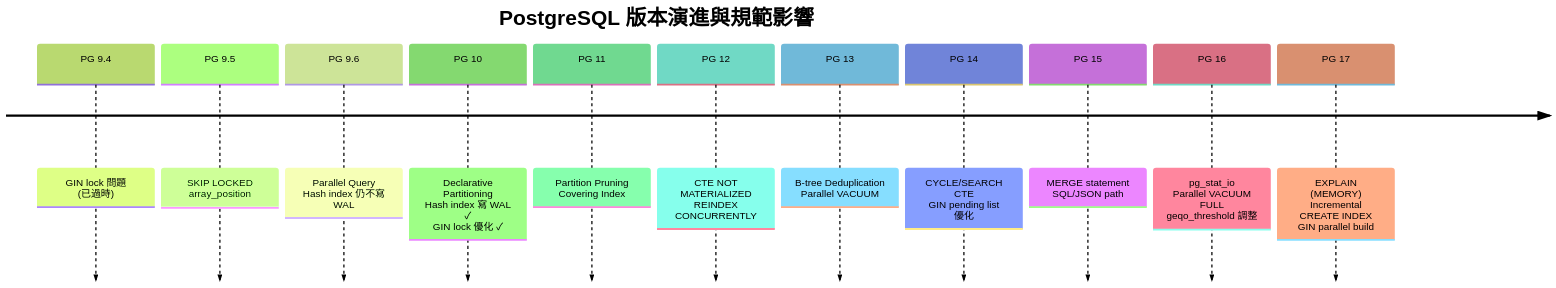
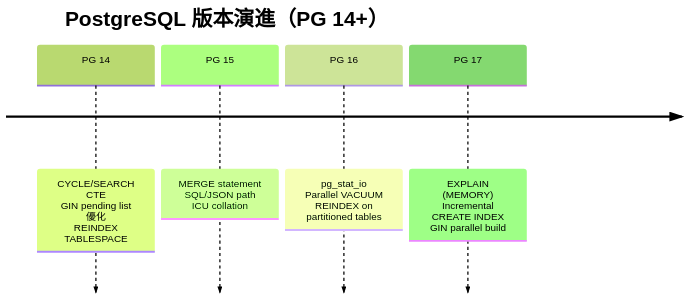
Diagram 13 of 40 in others/PostgreSQL_Others.md (henry-tpwong/postgresql_note), drawn with Mermaid (forest theme) before and after one commit. The commit also changed other lines of this file, not shown here.

First line of the commit message:
docs(others): 深度重構 PostgreSQL 開發規範，注入 App Dev 實戰視角

````diff
--- a/others/PostgreSQL_Others.md
+++ b/others/PostgreSQL_Others.md
@@ -833,15 +1656,8 @@
 ```mermaid
 timeline
-    title PostgreSQL 版本演進與規範影響
-    PG 9.4 : GIN lock 問題 (已過時)
-    PG 9.5 : SKIP LOCKED<br>array_position
-    PG 9.6 : Parallel Query<br>Hash index 仍不寫 WAL
-    PG 10 : Declarative Partitioning<br>Hash index 寫 WAL ✓<br>GIN lock 優化 ✓
-    PG 11 : Partition Pruning<br>Covering Index
-    PG 12 : CTE NOT MATERIALIZED<br>REINDEX CONCURRENTLY
-    PG 13 : B-tree Deduplication<br>Parallel VACUUM
-    PG 14 : CYCLE/SEARCH CTE<br>GIN pending list 優化
-    PG 15 : MERGE statement<br>SQL/JSON path
-    PG 16 : pg_stat_io<br>Parallel VACUUM FULL<br>geqo_threshold 調整
+    title PostgreSQL 版本演進（PG 14+）
+    PG 14 : CYCLE/SEARCH CTE<br>GIN pending list 優化<br>REINDEX TABLESPACE
+    PG 15 : MERGE statement<br>SQL/JSON path<br>ICU collation
+    PG 16 : pg_stat_io<br>Parallel VACUUM<br>REINDEX on partitioned tables
     PG 17 : EXPLAIN (MEMORY)<br>Incremental CREATE INDEX<br>GIN parallel build
 ```
````
